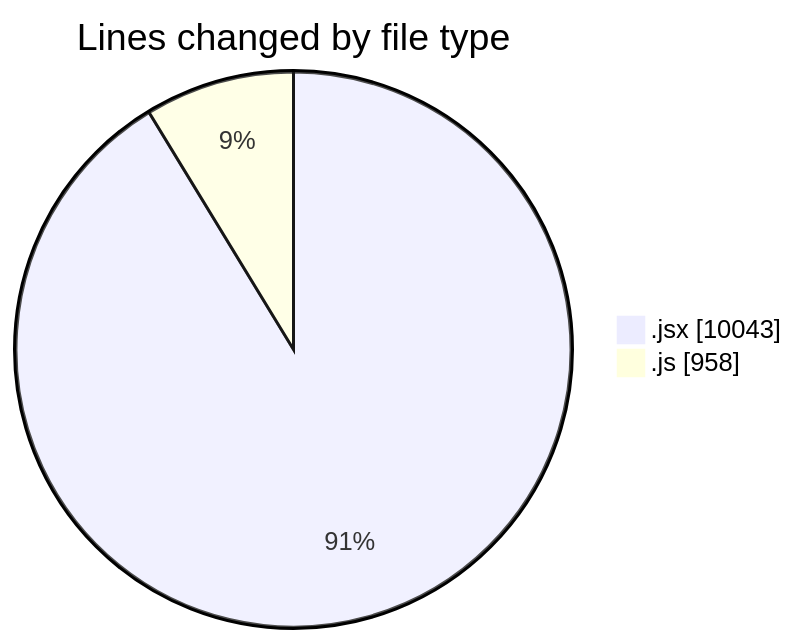
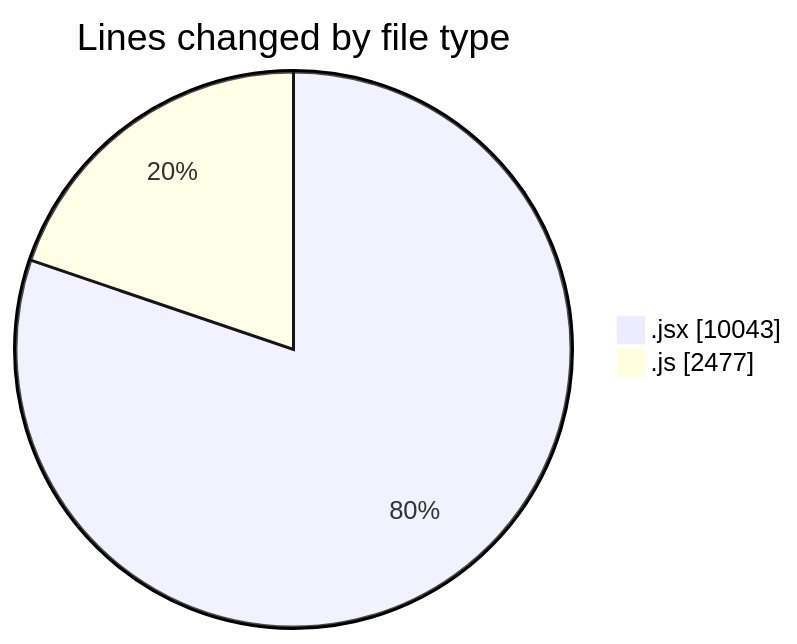
One commit to nxtqubesakshisongat/code-tracking changed the first of 2 diagrams in 2026-01-20/nxtqube_webapp/README.md. Above: the diagram before and after it, drawn with Mermaid. The commit also changed other lines of this file and 1 other file, not shown here.

````diff
--- a/2026-01-20/nxtqube_webapp/README.md
+++ b/2026-01-20/nxtqube_webapp/README.md
@@ -26,6 +27,6 @@
 ```mermaid
 pie showData
 title Lines changed by file type
 ".jsx" : 10043
-".js" : 958
+".js" : 2477
 ```
````
